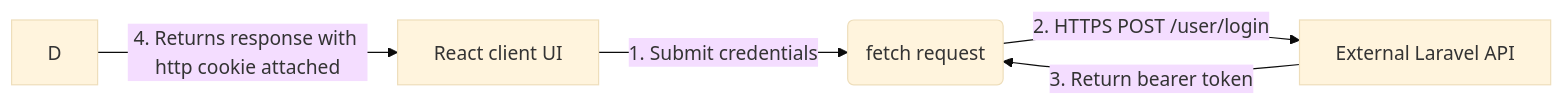
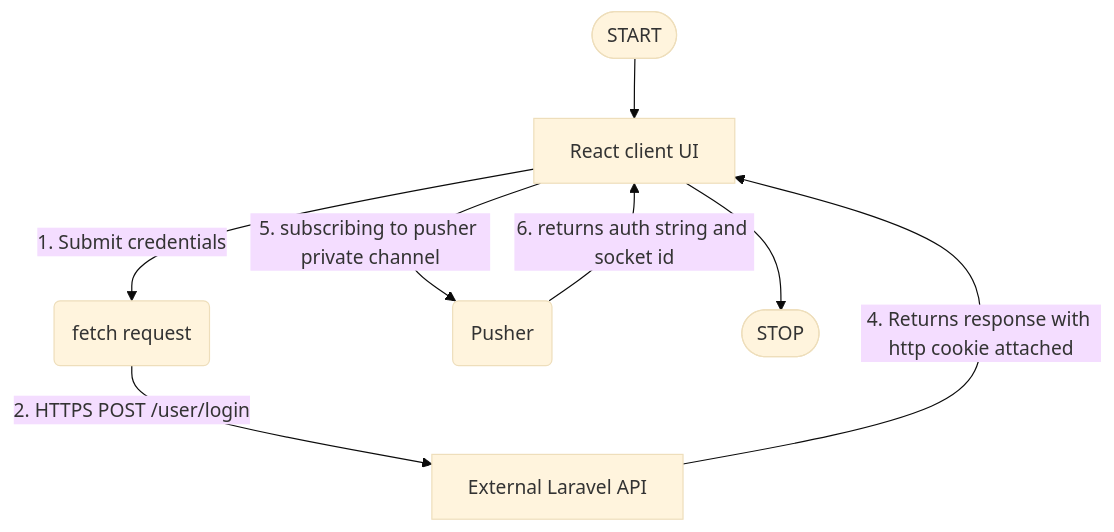
Before and after one commit to progssp/open_chat_frontend: the first of 5 diagrams in README.md, drawn with Mermaid (base theme). The commit also changed other lines of this file, not shown here.

````diff
--- a/README.md
+++ b/README.md
@@ -32,7 +42,9 @@
 ```mermaid
-graph LR
-    A[React client UI] -->|1. Submit credentials| B(fetch request)
+graph TD
+    StartNode([START]) --> A[React client UI] -->|1. Submit credentials| B(fetch request)
     B -->|2. HTTPS POST /user/login| C[External Laravel API]
-    C -->|3. Return bearer token| B
-    D -->|4. Returns response with http cookie attached| A
+    C -->|4. Returns response with http cookie attached| A
+    A --> |5. subscribing to pusher private channel| D(Pusher)
+    D --> |6. returns auth string and socket id| A
+    A --> EndNode([STOP])
 ```
````
